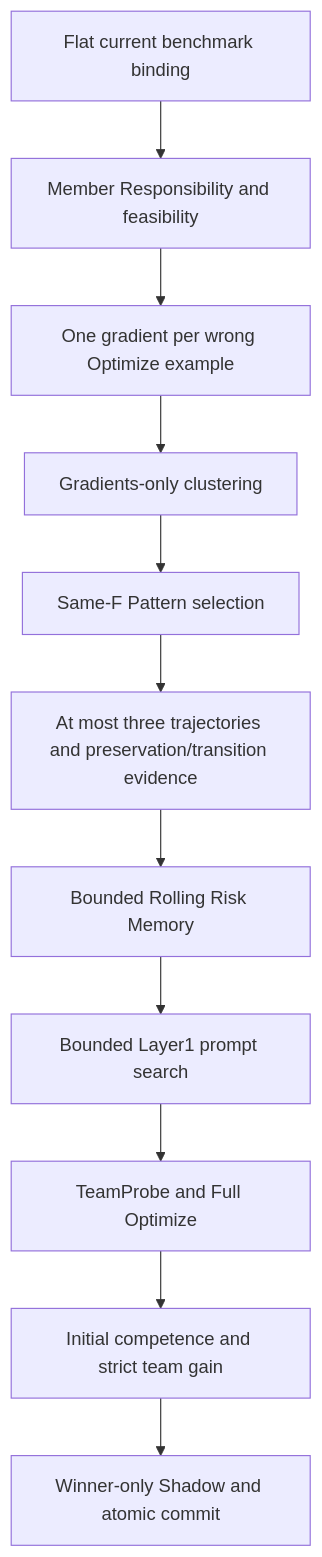
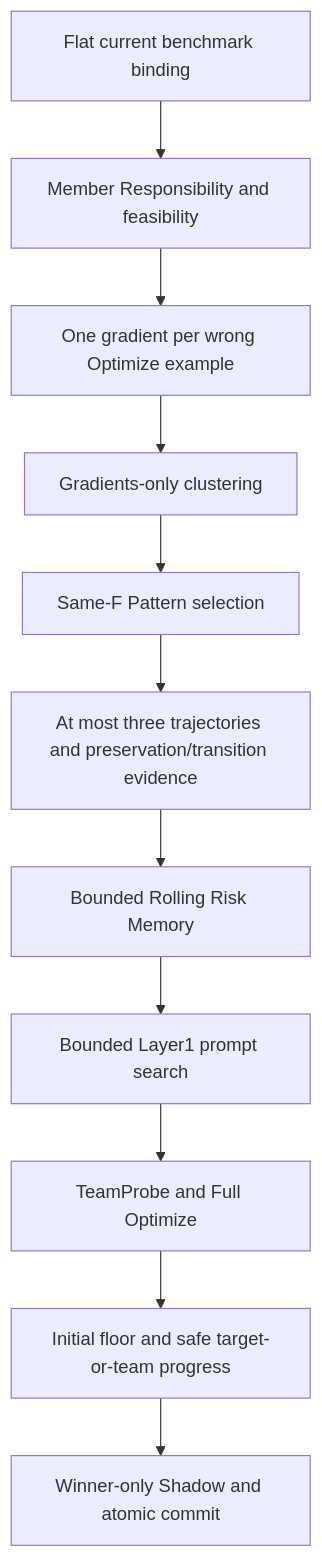
Before and after one commit to mmmmyyyxx/multi_agent_diversity: the diagram in docs/design/CURRENT_RUNTIME_COMPOSITION.md, drawn with Mermaid. The commit also changed other lines of this file, not shown here.

````diff
--- a/docs/design/CURRENT_RUNTIME_COMPOSITION.md
+++ b/docs/design/CURRENT_RUNTIME_COMPOSITION.md
@@ -24,13 +24,13 @@
 ```mermaid
 flowchart TD
   B[Flat current benchmark binding] --> R[Member Responsibility and feasibility]
   R --> G[One gradient per wrong Optimize example]
   G --> C[Gradients-only clustering]
   C --> P[Same-F Pattern selection]
   P --> E[At most three trajectories and preservation/transition evidence]
   E --> M[Bounded Rolling Risk Memory]
   M --> L[Bounded Layer1 prompt search]
   L --> T[TeamProbe and Full Optimize]
-  T --> S[Initial competence and strict team gain]
+  T --> S[Initial floor and safe target-or-team progress]
   S --> H[Winner-only Shadow and atomic commit]
 ```
````
